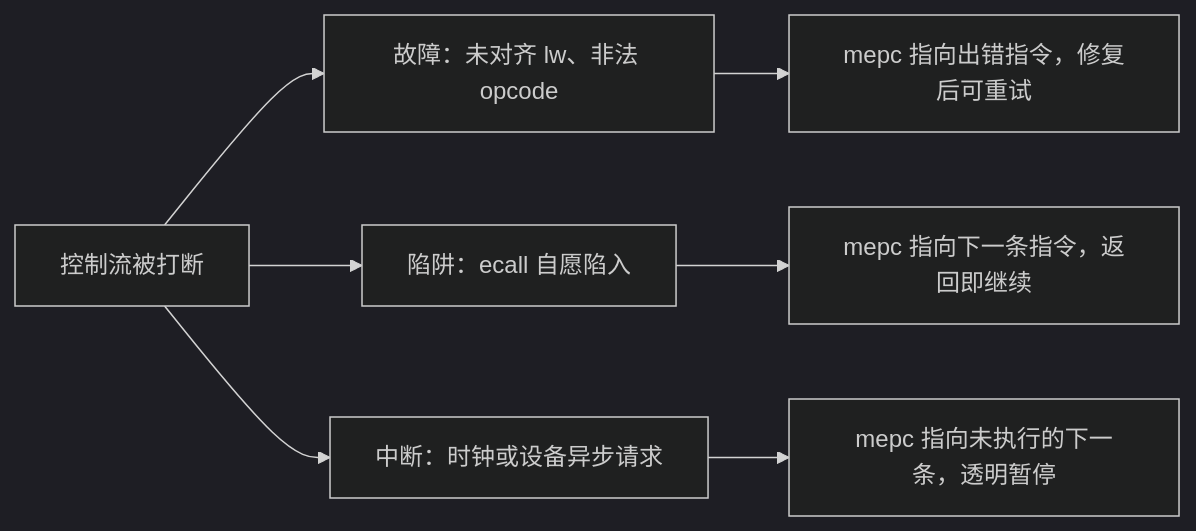
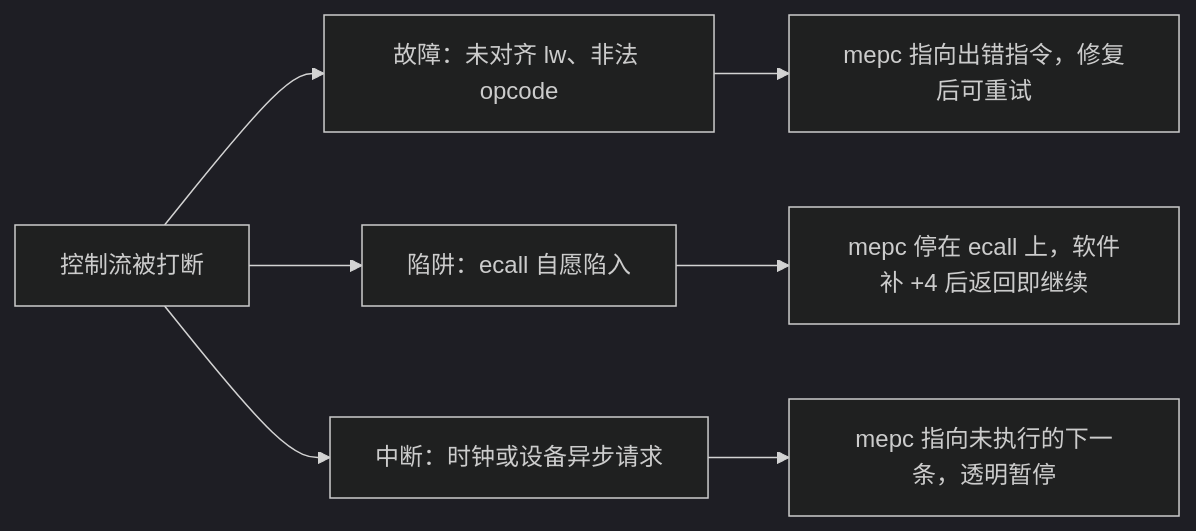
One commit to xhongduo-tech/xhongduo-tech.github.io changed the second of 2 diagrams in docs/cs/exception-interrupt-entry.md. Above: the diagram before and after it, drawn with Mermaid (dark theme). The commit also changed other lines of this file and 4 other files, not shown here.

Commit message:
Content review cs-235: mepc stops on the ecall itself and software adds four before returning, the six-nanometer-second add walks four stages, integer instructions and fixed point come later, and the register file lands in a later lesson.

````diff
--- a/docs/cs/exception-interrupt-entry.md
+++ b/docs/cs/exception-interrupt-entry.md
@@ -46,9 +46,9 @@
 ```mermaid
 flowchart LR
   Q["控制流被打断"] --> F["故障：未对齐 lw、非法 opcode"]
   F --> F2["mepc 指向出错指令，修复后可重试"]
   Q --> T["陷阱：ecall 自愿陷入"]
-  T --> T2["mepc 指向下一条指令，返回即继续"]
+  T --> T2["mepc 停在 ecall 上，软件补 +4 后返回即继续"]
   Q --> I["中断：时钟或设备异步请求"]
   I --> I2["mepc 指向未执行的下一条，透明暂停"]
 ```
````
